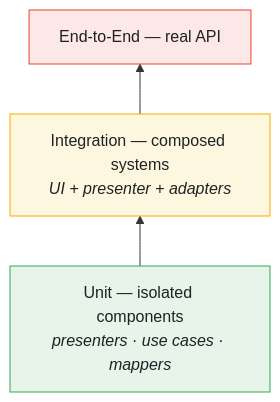
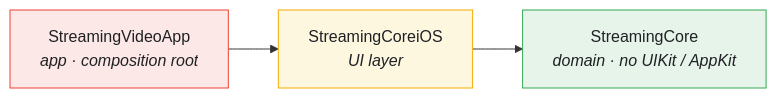
One commit to tattva20/StreamingVideoApp changed the second of 3 diagrams in README.md. Above: the diagram before and after it, drawn with Mermaid. The commit also changed other lines of this file and 12 other files, not shown here.

First line of the commit message:
Replace ASCII diagrams with rendered SVG and Mermaid figures

````diff
--- a/README.md
+++ b/README.md
@@ -364,15 +154,12 @@
 ```mermaid
-flowchart BT
-    UNIT["Unit — isolated components<br/><i>presenters · use cases · mappers</i>"]
-    INT["Integration — composed systems<br/><i>UI + presenter + adapters</i>"]
-    E2E["End-to-End — real API"]
+flowchart LR
+    App["StreamingVideoApp<br/><i>app · composition root</i>"] --> iOS["StreamingCoreiOS<br/><i>UI layer</i>"]
+    iOS --> Core["StreamingCore<br/><i>domain · no UIKit / AppKit</i>"]
 
-    UNIT --> INT --> E2E
-
-    classDef unit fill:#e6f4ea,stroke:#34a853,color:#202124;
-    classDef int fill:#fef7e0,stroke:#f9ab00,color:#202124;
-    classDef e2e fill:#fce8e6,stroke:#ea4335,color:#202124;
-    class UNIT unit
-    class INT int
-    class E2E e2e
+    classDef app fill:#fce8e6,stroke:#ea4335,color:#202124;
+    classDef ios fill:#fef7e0,stroke:#f9ab00,color:#202124;
+    classDef core fill:#e6f4ea,stroke:#34a853,color:#202124;
+    class App app
+    class iOS ios
+    class Core core
 ```
````
